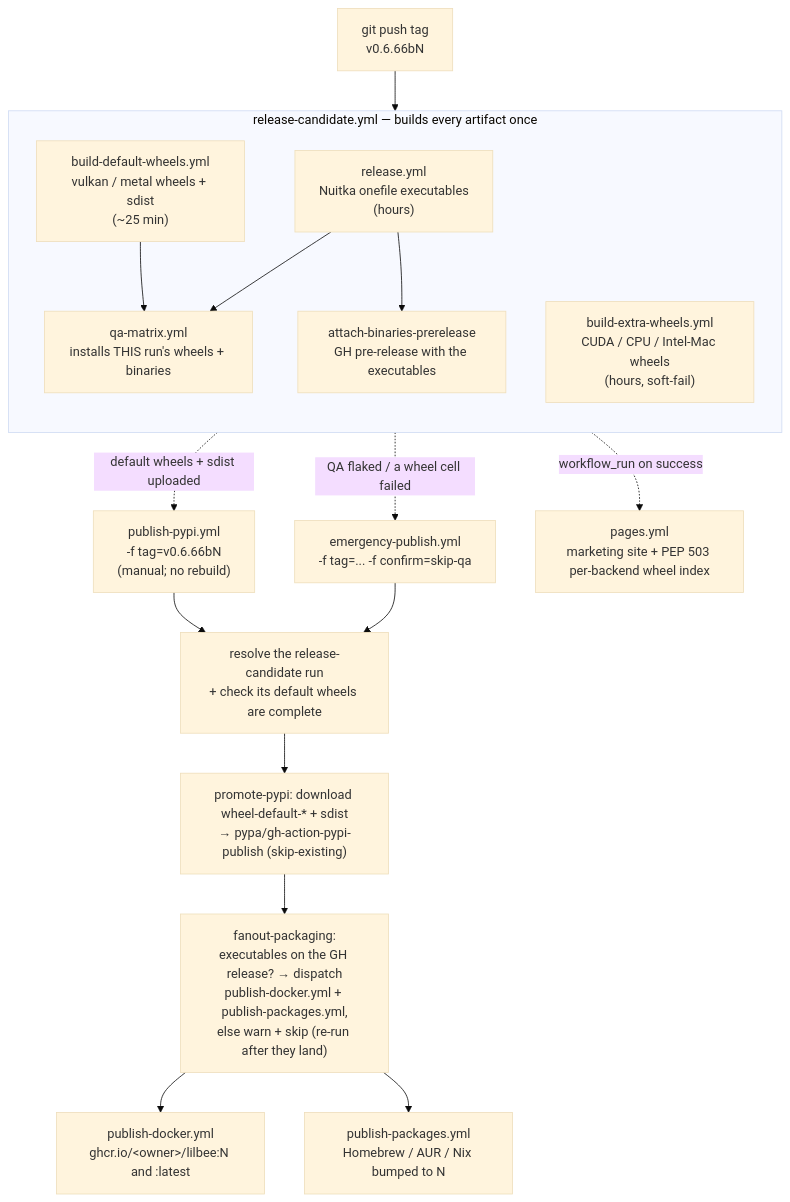
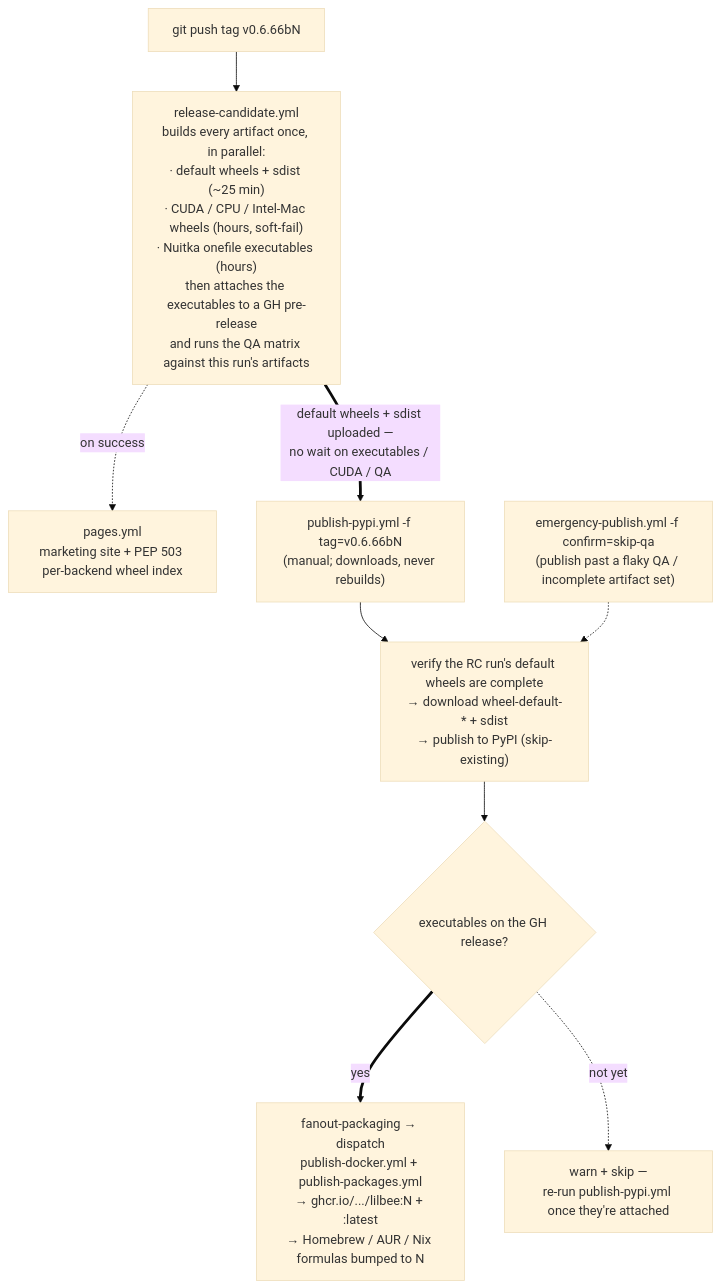
The sixth of 6 diagrams in docs/architecture.md (tobocop2/lilbee), drawn with Mermaid (base theme) before and after one commit. The commit also changed 2 other files, not shown here.

Commit message:
build: add `make site` / `site-serve` / `site-tar` for local site builds; redo the release mermaid as a tall diagram
`make site` builds the deployable site (marketing pages + API docs) without
the slow coverage/test-ci step `docs-site` runs; `site-serve` previews it,
`site-tar` packs it. Generated site/api + site/coverage + site.tar.gz are
gitignored. Also rewrote the release-pipeline mermaid in docs/architecture.md
so it reads top-to-bottom instead of sprawling sideways.

````diff
--- a/docs/architecture.md
+++ b/docs/architecture.md
@@ -577,28 +577,12 @@
 ```mermaid
-flowchart TD
-    TAG["git push tag<br/>v0.6.66bN"] --> RC
-
-    subgraph RC["release-candidate.yml — builds every artifact once"]
-        direction TB
-        DW["build-default-wheels.yml<br/>vulkan / metal wheels + sdist<br/>(~25 min)"]
-        EW["build-extra-wheels.yml<br/>CUDA / CPU / Intel-Mac wheels<br/>(hours, soft-fail)"]
-        BIN["release.yml<br/>Nuitka onefile executables<br/>(hours)"]
-        PRE["attach-binaries-prerelease<br/>GH pre-release with the executables"]
-        QA["qa-matrix.yml<br/>installs THIS run's wheels + binaries"]
-        DW --> QA
-        BIN --> QA
-        BIN --> PRE
-    end
-
-    DW -. "default wheels + sdist uploaded" .-> PUB["publish-pypi.yml<br/>-f tag=v0.6.66bN<br/>(manual; no rebuild)"]
-    RC -. "QA flaked / a wheel cell failed" .-> EMG["emergency-publish.yml<br/>-f tag=... -f confirm=skip-qa"]
-
-    PUB --> RESOLVE["resolve the release-candidate run<br/>+ check its default wheels are complete"]
-    EMG --> RESOLVE
-    RESOLVE --> PROMOTE["promote-pypi: download wheel-default-* + sdist<br/>→ pypa/gh-action-pypi-publish (skip-existing)"]
-    PROMOTE --> FANOUT["fanout-packaging:<br/>executables on the GH release? → dispatch<br/>publish-docker.yml + publish-packages.yml,<br/>else warn + skip (re-run after they land)"]
-    FANOUT --> DOCKER["publish-docker.yml<br/>ghcr.io/&lt;owner&gt;/lilbee:N and :latest"]
-    FANOUT --> PKG["publish-packages.yml<br/>Homebrew / AUR / Nix bumped to N"]
-
-    RC -. "workflow_run on success" .-> PAGES["pages.yml<br/>marketing site + PEP 503 per-backend wheel index"]
+flowchart TB
+    A["git push tag v0.6.66bN"]
+    A --> B["release-candidate.yml<br/>builds every artifact once, in parallel:<br/>· default wheels + sdist (~25 min)<br/>· CUDA / CPU / Intel-Mac wheels (hours, soft-fail)<br/>· Nuitka onefile executables (hours)<br/>then attaches the executables to a GH pre-release<br/>and runs the QA matrix against this run's artifacts"]
+    B -.->|on success| C["pages.yml<br/>marketing site + PEP 503 per-backend wheel index"]
+    B ==>|"default wheels + sdist uploaded —<br/>no wait on executables / CUDA / QA"| D["publish-pypi.yml -f tag=v0.6.66bN<br/>(manual; downloads, never rebuilds)"]
+    D --> E["verify the RC run's default wheels are complete<br/>→ download wheel-default-* + sdist<br/>→ publish to PyPI (skip-existing)"]
+    E --> F{"executables on the GH release?"}
+    F ==>|yes| G["fanout-packaging → dispatch<br/>publish-docker.yml + publish-packages.yml<br/>→ ghcr.io/.../lilbee:N + :latest<br/>→ Homebrew / AUR / Nix formulas bumped to N"]
+    F -.->|not yet| H["warn + skip —<br/>re-run publish-pypi.yml once they're attached"]
+    I["emergency-publish.yml -f confirm=skip-qa<br/>(publish past a flaky QA / incomplete artifact set)"] -.-> E
 ```
````
